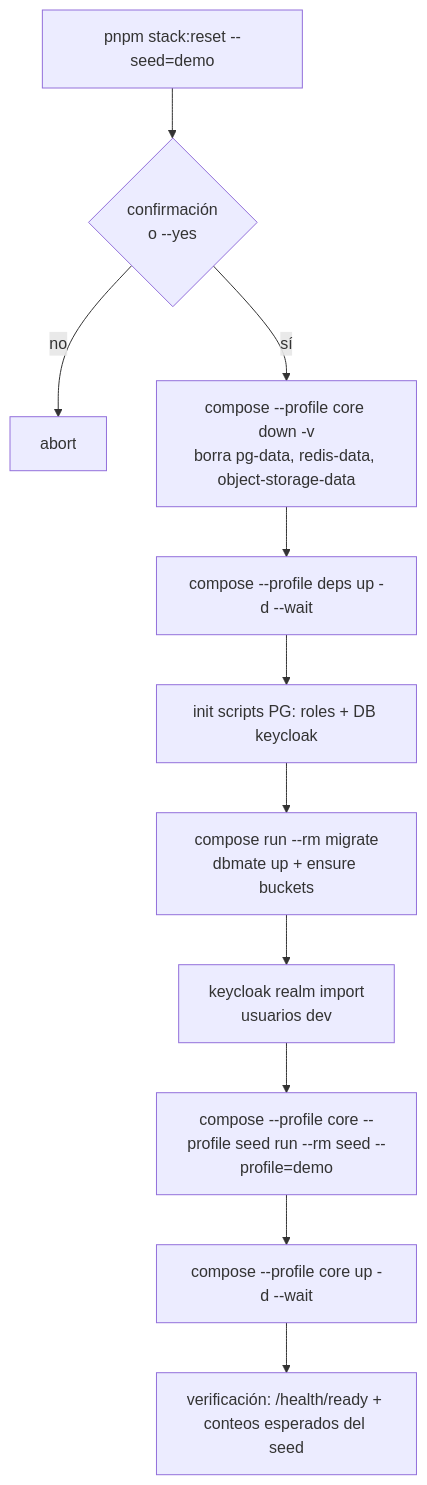
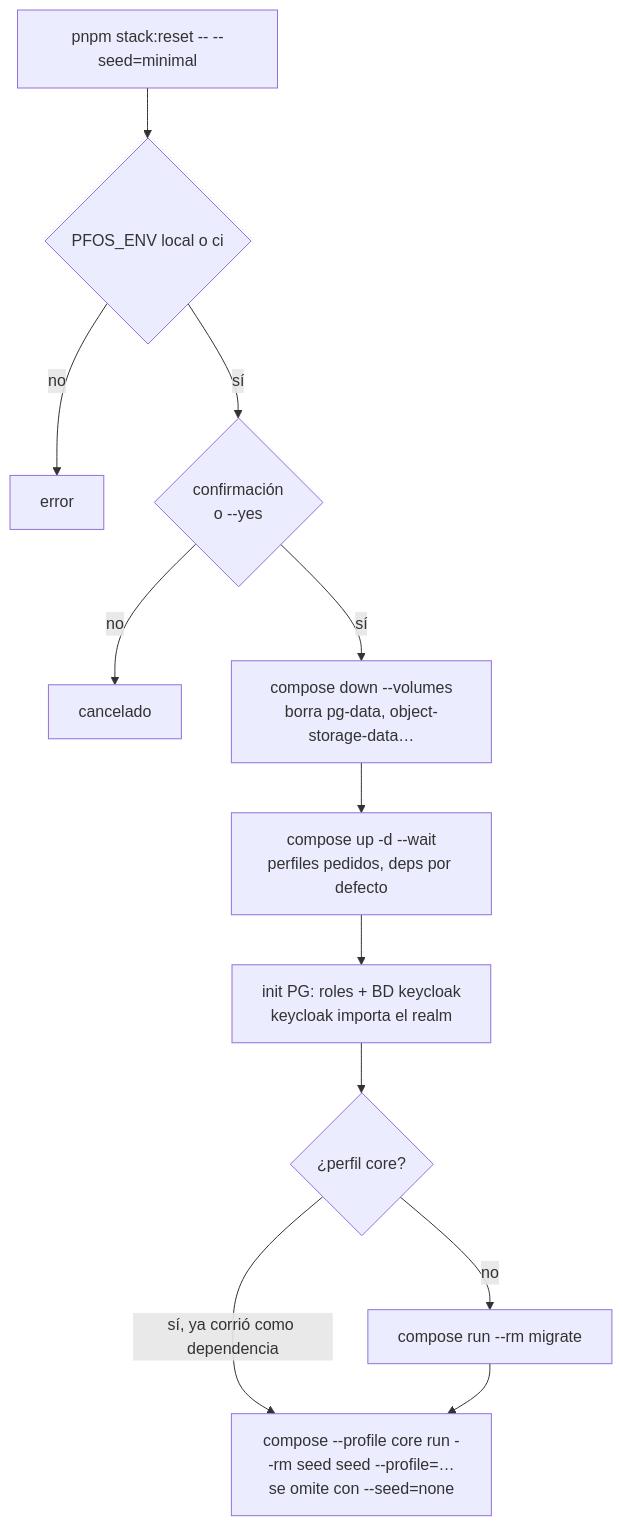
One commit to manuXD270516/personal-finances changed the fourth of 4 diagrams in docs/19-local-development.md. Above: the diagram before and after it, drawn with Mermaid. The commit also changed other lines of this file and 4 other files, not shown here.

````diff
--- a/docs/19-local-development.md
+++ b/docs/19-local-development.md
@@ -794,13 +351,14 @@
 ```mermaid
 flowchart TD
-  A[pnpm stack:reset --seed=demo] --> B{confirmación<br/>o --yes}
-  B -->|no| X[abort]
-  B -->|sí| C[compose --profile core down -v<br/>borra pg-data, redis-data, object-storage-data]
-  C --> D[compose --profile deps up -d --wait]
-  D --> E[init scripts PG: roles + DB keycloak]
-  E --> F[compose run --rm migrate<br/>dbmate up + ensure buckets]
-  F --> G[keycloak realm import<br/>usuarios dev]
-  G --> H[compose --profile core --profile seed run --rm seed --profile=demo]
-  H --> I[compose --profile core up -d --wait]
-  I --> J[verificación: /health/ready + conteos esperados del seed]
+  A[pnpm stack:reset -- --seed=minimal] --> G{PFOS_ENV local o ci}
+  G -->|no| X0[error]
+  G -->|sí| B{confirmación<br/>o --yes}
+  B -->|no| X[cancelado]
+  B -->|sí| C[compose down --volumes<br/>borra pg-data, object-storage-data…]
+  C --> D[compose up -d --wait<br/>perfiles pedidos, deps por defecto]
+  D --> E[init PG: roles + BD keycloak<br/>keycloak importa el realm]
+  E --> F{¿perfil core?}
+  F -->|no| M[compose run --rm migrate]
+  F -->|sí, ya corrió como dependencia| S
+  M --> S[compose --profile core run --rm seed seed --profile=…<br/>se omite con --seed=none]
 ```
````
